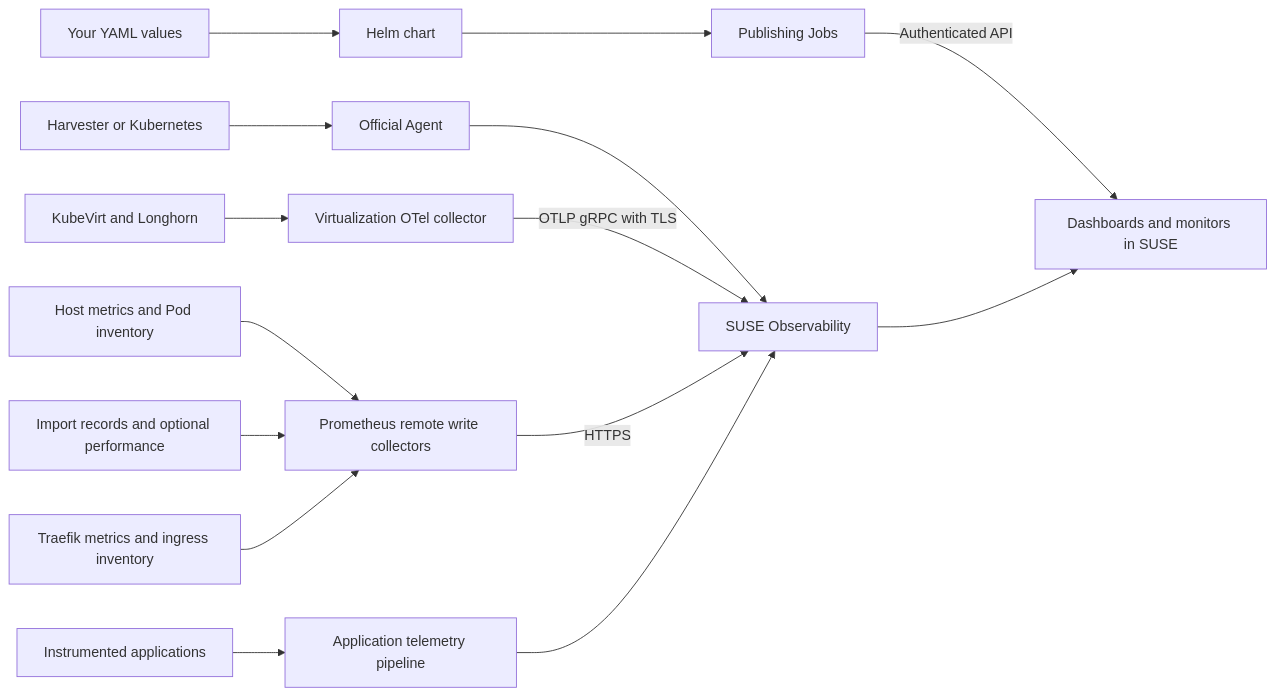
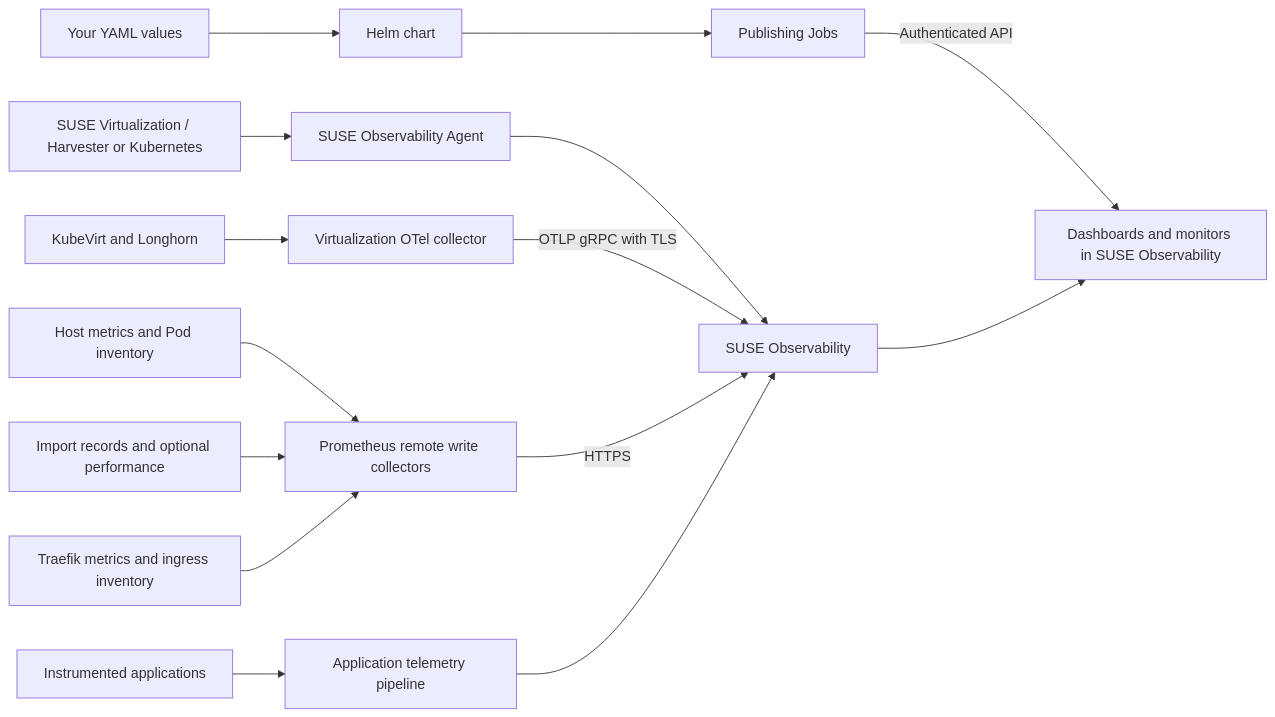
The diagram in docs/configuration-guide.md (kaioneuhauss/suse-observability-dashboards), drawn with Mermaid before and after one commit. The commit also changed other lines of this file and 27 other files, not shown here.

````diff
--- a/docs/configuration-guide.md
+++ b/docs/configuration-guide.md
@@ -20,17 +20,17 @@
 ```mermaid
 flowchart LR
-  K[Harvester or Kubernetes] --> A[Official Agent]
+  K[SUSE Virtualization / Harvester or Kubernetes] --> A[SUSE Observability Agent]
   A --> S[SUSE Observability]
   V[KubeVirt and Longhorn] --> O[Virtualization OTel collector]
   O -->|OTLP gRPC with TLS| S
   H[Host metrics and Pod inventory] --> W[Prometheus remote write collectors]
   I[Import records and optional performance] --> W
   T[Traefik metrics and ingress inventory] --> W
   W -->|HTTPS| S
   P[Instrumented applications] --> G[Application telemetry pipeline]
   G --> S
   F[Your YAML values] --> Helm[Helm chart]
   Helm --> J[Publishing Jobs]
-  J -->|Authenticated API| D[Dashboards and monitors in SUSE]
+  J -->|Authenticated API| D[Dashboards and monitors in SUSE Observability]
   S --> D
 ```
````
